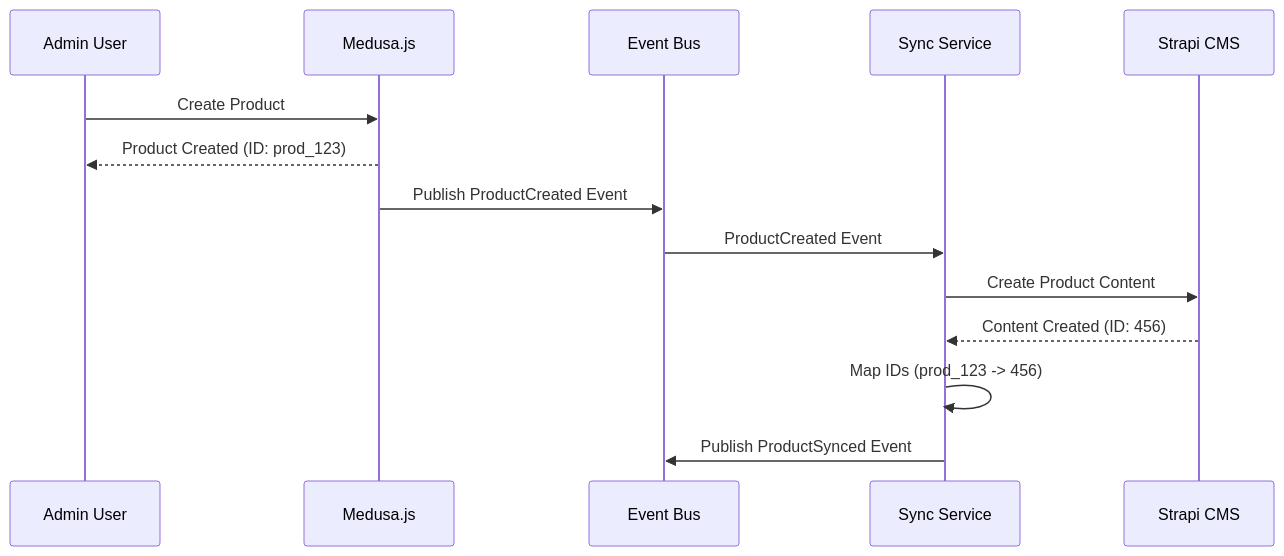
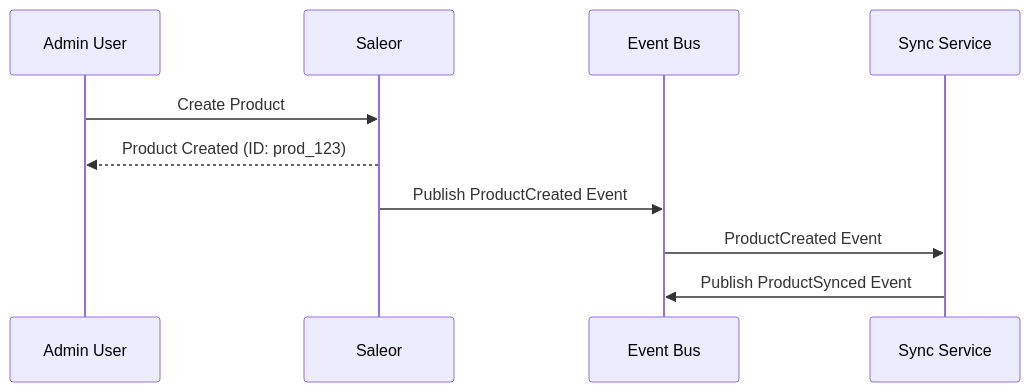
Before and after one commit to mprolabs/statamic-to-medusa-migration: the third of 8 diagrams in docs/architecture/system-architecture.md, drawn with Mermaid. The commit also changed other lines of this file and 123 other files, not shown here.

````diff
--- a/docs/architecture/system-architecture.md
+++ b/docs/architecture/system-architecture.md
@@ -205,17 +183,13 @@
 ```mermaid
 sequenceDiagram
     participant Admin as Admin User
-    participant Medusa as Medusa.js
+    participant Saleor as Saleor
     participant Events as Event Bus
     participant Sync as Sync Service
-    participant Strapi as Strapi CMS
     
-    Admin->>Medusa: Create Product
-    Medusa-->>Admin: Product Created (ID: prod_123)
-    Medusa->>Events: Publish ProductCreated Event
+    Admin->>Saleor: Create Product
+    Saleor-->>Admin: Product Created (ID: prod_123)
+    Saleor->>Events: Publish ProductCreated Event
     Events->>Sync: ProductCreated Event
-    Sync->>Strapi: Create Product Content
-    Strapi-->>Sync: Content Created (ID: 456)
-    Sync->>Sync: Map IDs (prod_123 -> 456)
     Sync->>Events: Publish ProductSynced Event
 ```
````
